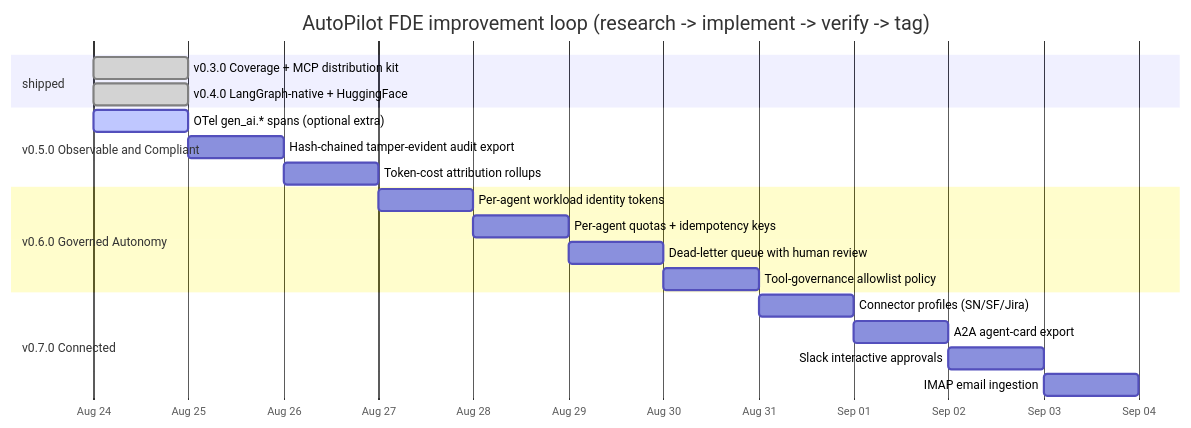
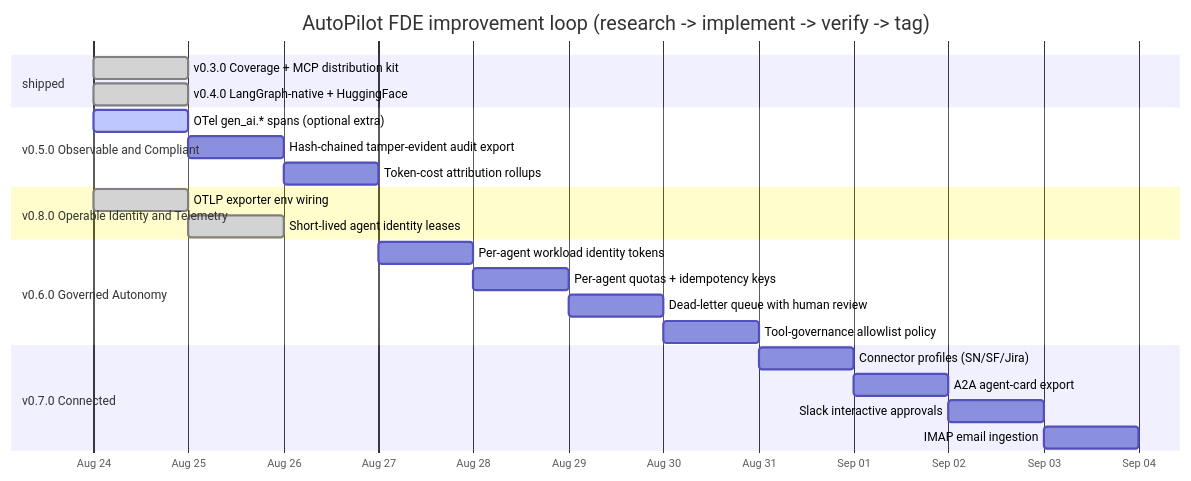
The first of 3 diagrams in ROADMAP.md (itsoumya-d/autopilot-fde), drawn with Mermaid before and after one commit. The commit also changed other lines of this file and 9 other files, not shown here.

First line of the commit message:
feat(v0.8.0): Operable Identity & Telemetry — OTLP env wiring, agent identity leases

````diff
--- a/ROADMAP.md
+++ b/ROADMAP.md
@@ -10,27 +10,31 @@
 ```mermaid
 gantt
   title AutoPilot FDE improvement loop (research -> implement -> verify -> tag)
   dateFormat YYYY-MM-DD
   axisFormat %b %d
 
   section shipped
   v0.3.0 Coverage + MCP distribution kit   :done, v03, 2026-08-24, 1d
   v0.4.0 LangGraph-native + HuggingFace    :done, v04, 2026-08-24, 1d
 
   section v0.5.0 Observable and Compliant
   OTel gen_ai.* spans (optional extra)      :active, a1, 2026-08-24, 1d
   Hash-chained tamper-evident audit export  :a2, after a1, 1d
   Token-cost attribution rollups            :a3, after a2, 1d
 
+  section v0.8.0 Operable Identity and Telemetry
+  OTLP exporter env wiring                   :done, d1, 2026-08-24, 1d
+  Short-lived agent identity leases          :done, d2, after d1, 1d
+
   section v0.6.0 Governed Autonomy
   Per-agent workload identity tokens        :b1, after a3, 1d
   Per-agent quotas + idempotency keys       :b2, after b1, 1d
   Dead-letter queue with human review       :b3, after b2, 1d
   Tool-governance allowlist policy          :b4, after b3, 1d
 
   section v0.7.0 Connected
   Connector profiles (SN/SF/Jira)           :c1, after b4, 1d
   A2A agent-card export                     :c2, after c1, 1d
   Slack interactive approvals               :c3, after c2, 1d
   IMAP email ingestion                      :c4, after c3, 1d
 ```
````
